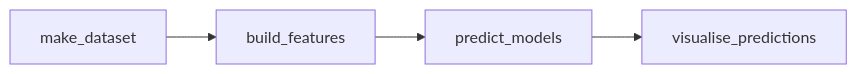
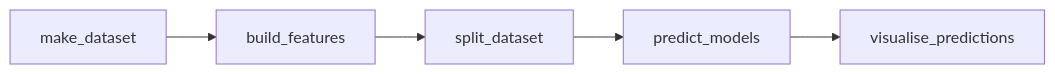
The second of 2 diagrams in README.md (csanry/aml), drawn with Mermaid before and after one commit. The commit also changed other lines of this file, not shown here.

````diff
--- a/README.md
+++ b/README.md
@@ -38,4 +38,4 @@
 ```mermaid
 graph LR;    
-   make_dataset --> build_features --> predict_models --> visualise_predictions
+   make_dataset --> build_features --> split_dataset--> predict_models --> visualise_predictions
 ```
````
